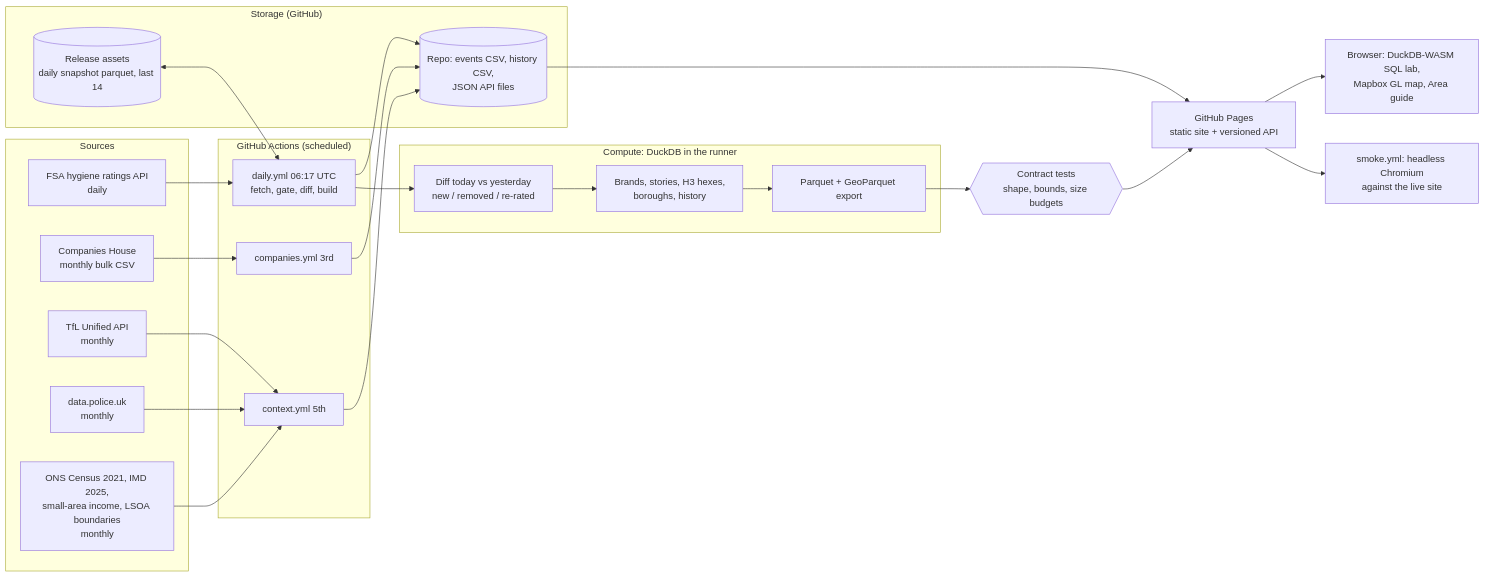
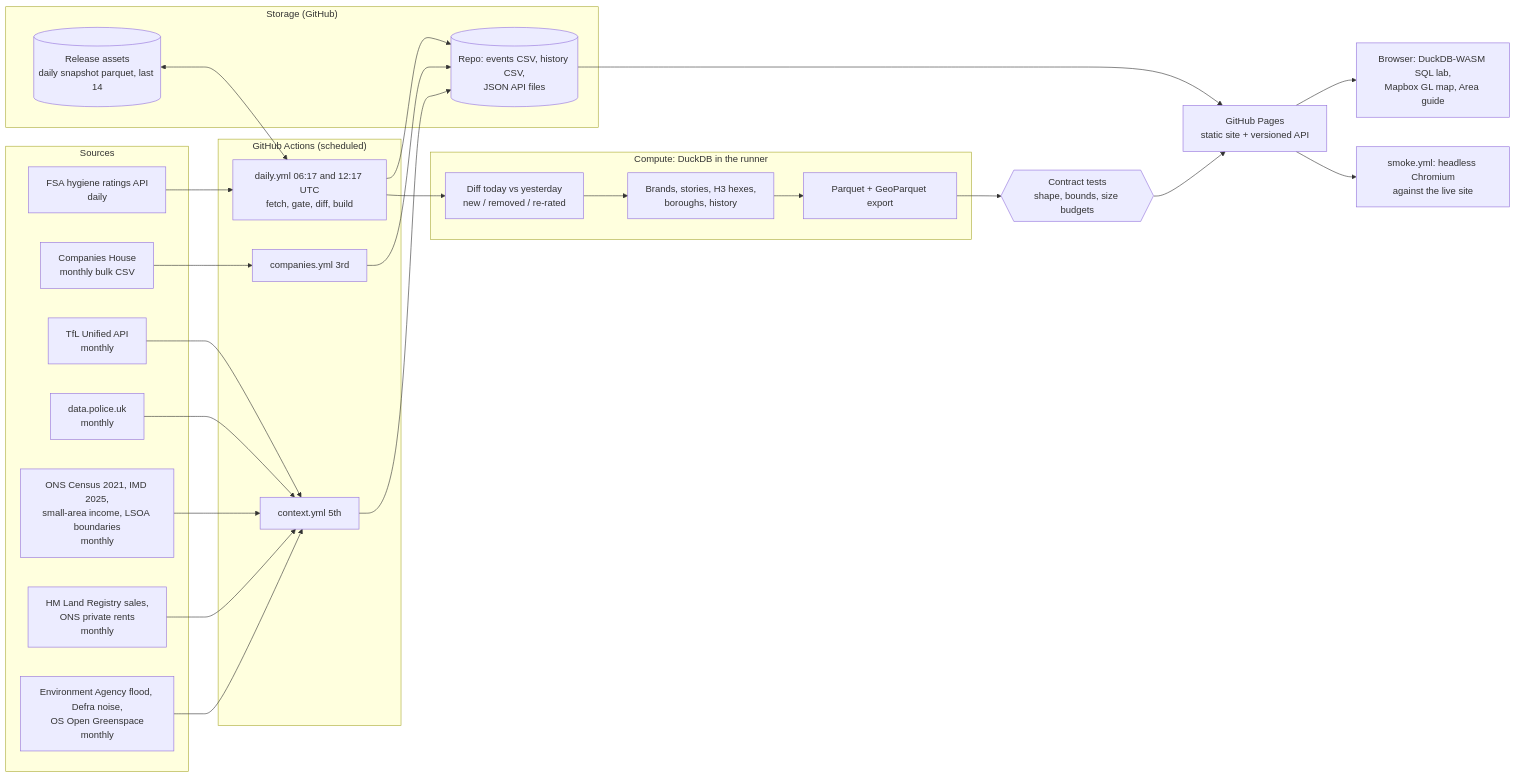
Before and after one commit to cloudcruncher/london-pulse: the diagram in docs/ARCHITECTURE.md, drawn with Mermaid. The commit also changed other lines of this file and 11 other files, not shown here.

First line of the commit message:
feat: move-decision guidance for environment risks, twice-daily refresh, docs refresh

````diff
--- a/docs/ARCHITECTURE.md
+++ b/docs/ARCHITECTURE.md
@@ -9,47 +9,51 @@
 ```mermaid
 flowchart LR
   subgraph Sources
     FSA[FSA hygiene ratings API<br/>daily]
     CH[Companies House<br/>monthly bulk CSV]
     TFL[TfL Unified API<br/>monthly]
     POL[data.police.uk<br/>monthly]
     ONS[ONS Census 2021, IMD 2025,<br/>small-area income, LSOA boundaries<br/>monthly]
+    LR[HM Land Registry sales,<br/>ONS private rents<br/>monthly]
+    ENV[Environment Agency flood, Defra noise,<br/>OS Open Greenspace<br/>monthly]
   end
 
   subgraph "GitHub Actions (scheduled)"
-    D[daily.yml 06:17 UTC<br/>fetch, gate, diff, build]
+    D[daily.yml 06:17 and 12:17 UTC<br/>fetch, gate, diff, build]
     C[companies.yml 3rd]
     X[context.yml 5th]
   end
 
   subgraph "Storage (GitHub)"
     SNAP[(Release assets<br/>daily snapshot parquet, last 14)]
     REPO[(Repo: events CSV, history CSV,<br/>JSON API files)]
   end
 
   subgraph "Compute: DuckDB in the runner"
     DIFF[Diff today vs yesterday<br/>new / removed / re-rated]
     MODEL[Brands, stories, H3 hexes,<br/>boroughs, history]
     PQ[Parquet + GeoParquet export]
   end
 
   GATE{{Contract tests<br/>shape, bounds, size budgets}}
   PAGES[GitHub Pages<br/>static site + versioned API]
   SMOKE[smoke.yml: headless Chromium<br/>against the live site]
   BROWSER[Browser: DuckDB-WASM SQL lab,<br/>Mapbox GL map, Area guide]
 
   FSA --> D
   CH --> C
   TFL --> X
   POL --> X
   ONS --> X
+  LR --> X
+  ENV --> X
   D --> DIFF --> MODEL --> PQ
   SNAP <--> D
   D --> REPO
   C --> REPO
   X --> REPO
   PQ --> GATE --> PAGES
   REPO --> PAGES
   PAGES --> SMOKE
   PAGES --> BROWSER
 ```
````
